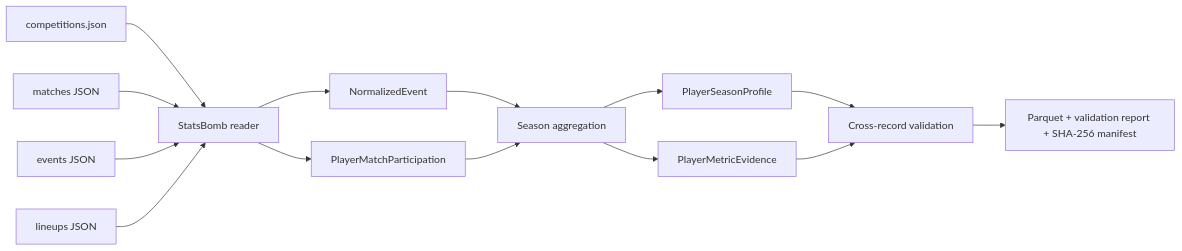
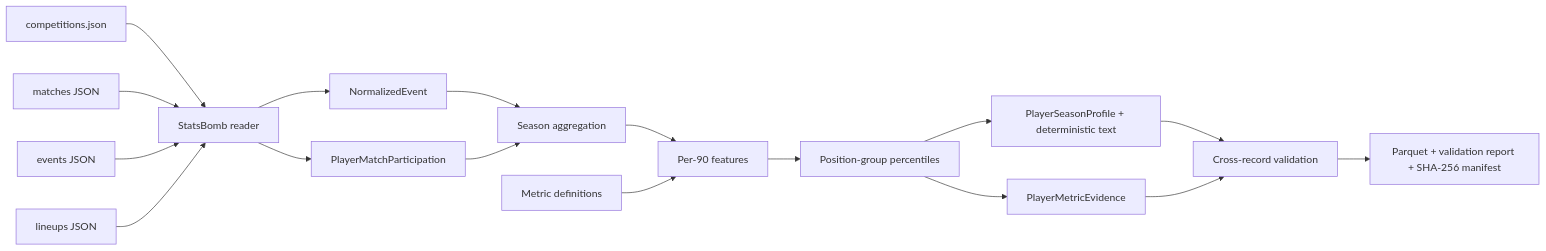
Before and after one commit to simonmang/ScoutRAG: the second of 2 diagrams in README.md, drawn with Mermaid. The commit also changed other lines of this file and 21 other files, not shown here.

````diff
--- a/README.md
+++ b/README.md
@@ -133,16 +140,19 @@
 ```mermaid
 flowchart LR
     C[competitions.json] --> I[StatsBomb reader]
     M[matches JSON] --> I
     E[events JSON] --> I
     L[lineups JSON] --> I
     I --> NE[NormalizedEvent]
     I --> PM[PlayerMatchParticipation]
     NE --> A[Season aggregation]
     PM --> A
-    A --> PP[PlayerSeasonProfile]
-    A --> PE[PlayerMetricEvidence]
+    A --> FE[Per-90 features]
+    FE --> PG[Position-group percentiles]
+    PG --> PP[PlayerSeasonProfile + deterministic text]
+    PG --> PE[PlayerMetricEvidence]
+    MD[Metric definitions] --> FE
     PP --> V[Cross-record validation]
     PE --> V
     V --> PQ[Parquet + validation report + SHA-256 manifest]
 ```
````
